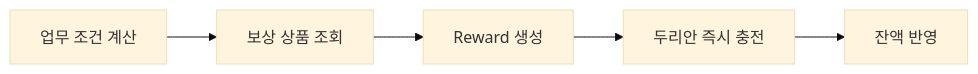
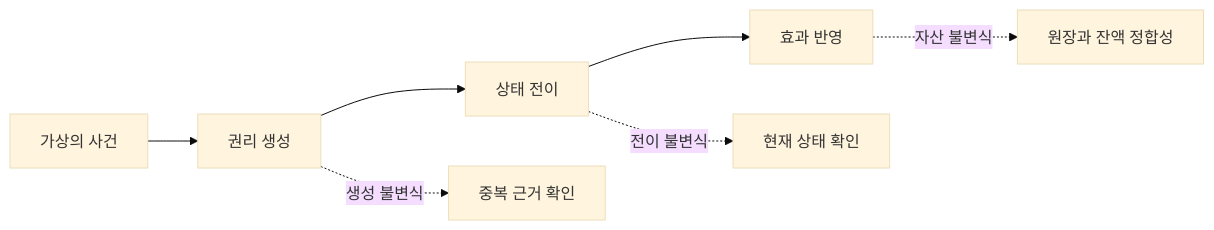
The first of 7 diagrams in _posts/2026-03-20-reward-creation-receipt-charge-responsibility.md (jiwon11/jiwon11.github.io), drawn with Mermaid (base theme) before and after one commit. The commit also changed other lines of this file and 4 other files, not shown here.

```diff
--- a/_posts/2026-03-20-reward-creation-receipt-charge-responsibility.md
+++ b/_posts/2026-03-20-reward-creation-receipt-charge-responsibility.md
@@ -76,7 +52,10 @@
 ~~~mermaid
 flowchart LR
-    C["업무 조건 계산"] --> P["보상 상품 조회"]
-    P --> R["Reward 생성"]
-    R --> D["두리안 즉시 충전"]
-    D --> B["잔액 반영"]
+    S["가상의 사건"] --> C["권리 생성"]
+    C --> T["상태 전이"]
+    T --> E["효과 반영"]
+
+    C -. "생성 불변식" .-> CI["중복 근거 확인"]
+    T -. "전이 불변식" .-> TI["현재 상태 확인"]
+    E -. "자산 불변식" .-> EI["원장과 잔액 정합성"]
 ~~~
```
